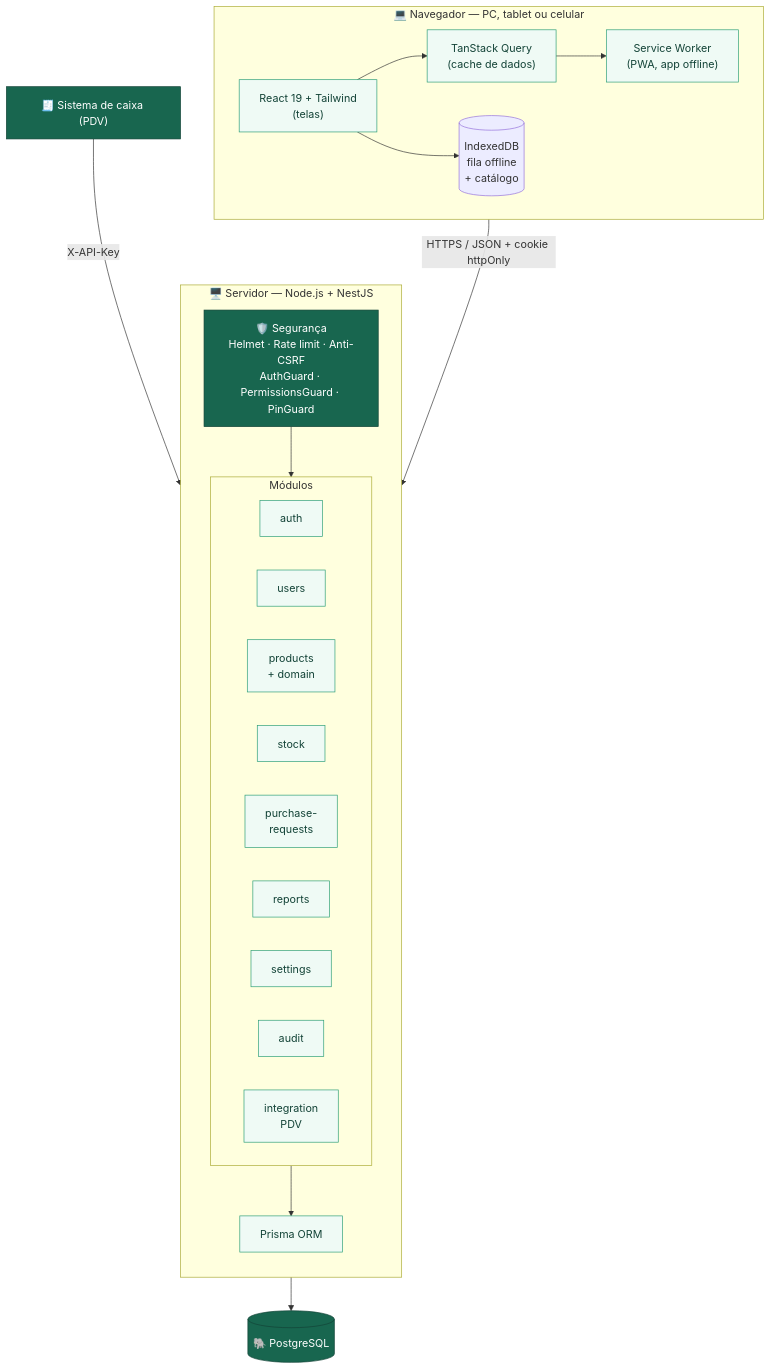
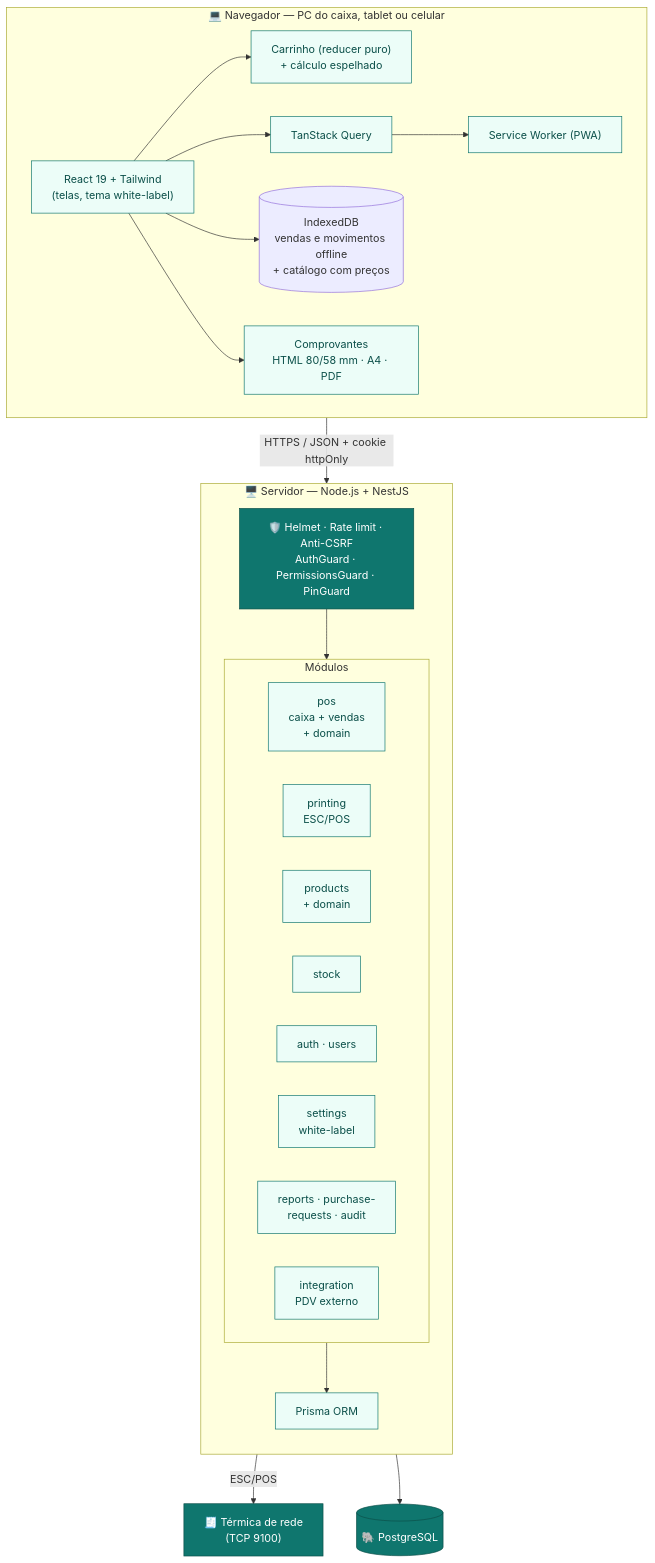
One commit to tassiocarvalho/vl-estoque changed the second of 11 diagrams in README.md. Above: the diagram before and after it, drawn with Mermaid. The commit also changed other lines of this file and 109 other files, not shown here.

First line of the commit message:
PDV não fiscal white-label (SuaLojaAqui) sobre o sistema de estoque

````diff
--- a/README.md
+++ b/README.md
@@ -179,44 +242,46 @@
 ```mermaid
 flowchart TB
-    subgraph CLIENTE["💻 Navegador — PC, tablet ou celular"]
+    subgraph CLIENTE["💻 Navegador — PC do caixa, tablet ou celular"]
         direction LR
-        UI["React 19 + Tailwind<br/>(telas)"]
-        RQ["TanStack Query<br/>(cache de dados)"]
-        SW["Service Worker<br/>(PWA, app offline)"]
-        IDB[("IndexedDB<br/>fila offline<br/>+ catálogo")]
-        UI --> RQ
+        UI["React 19 + Tailwind<br/>(telas, tema white-label)"]
+        CART["Carrinho (reducer puro)<br/>+ cálculo espelhado"]
+        RQ["TanStack Query"]
+        SW["Service Worker (PWA)"]
+        IDB[("IndexedDB<br/>vendas e movimentos offline<br/>+ catálogo com preços")]
+        PRN["Comprovantes<br/>HTML 80/58 mm · A4 · PDF"]
+        UI --> CART
+        UI --> RQ --> SW
         UI --> IDB
-        RQ --> SW
+        UI --> PRN
     end
 
     subgraph SERVIDOR["🖥️ Servidor — Node.js + NestJS"]
         direction TB
-        SEC["🛡️ Segurança<br/>Helmet · Rate limit · Anti-CSRF<br/>AuthGuard · PermissionsGuard · PinGuard"]
+        SEC["🛡️ Helmet · Rate limit · Anti-CSRF<br/>AuthGuard · PermissionsGuard · PinGuard"]
         subgraph MOD["Módulos"]
             direction LR
-            M1[auth]
-            M2[users]
-            M3[products<br/>+ domain]
-            M4[stock]
-            M5[purchase-<br/>requests]
-            M6[reports]
-            M7[settings]
-            M8[audit]
-            M9[integration<br/>PDV]
+            M0[pos<br/>caixa + vendas<br/>+ domain]
+            M1[printing<br/>ESC/POS]
+            M2[products<br/>+ domain]
+            M3[stock]
+            M4[auth · users]
+            M5[settings<br/>white-label]
+            M6[reports · purchase-<br/>requests · audit]
+            M7[integration<br/>PDV externo]
         end
         ORM["Prisma ORM"]
         SEC --> MOD --> ORM
     end
 
     DB[("🐘 PostgreSQL")]
-    PDV["🧾 Sistema de caixa (PDV)"]
+    TERM["🧾 Térmica de rede<br/>(TCP 9100)"]
 
     SW -->|"HTTPS / JSON + cookie httpOnly"| SEC
-    PDV -->|"X-API-Key"| M9
+    M1 -->|ESC/POS| TERM
     ORM --> DB
 
-    classDef box fill:#effaf5,stroke:#2a9d76,color:#134337
-    classDef dark fill:#18664f,stroke:#134337,color:#fff
-    class UI,RQ,SW,M1,M2,M3,M4,M5,M6,M7,M8,M9,ORM box
-    class SEC,DB,PDV dark
+    classDef box fill:#ecfdf8,stroke:#0f766e,color:#0b4f49
+    classDef dark fill:#0f766e,stroke:#0b4f49,color:#fff
+    class UI,CART,RQ,SW,PRN,M0,M1,M2,M3,M4,M5,M6,M7,ORM box
+    class SEC,DB,TERM dark
 ```
````
